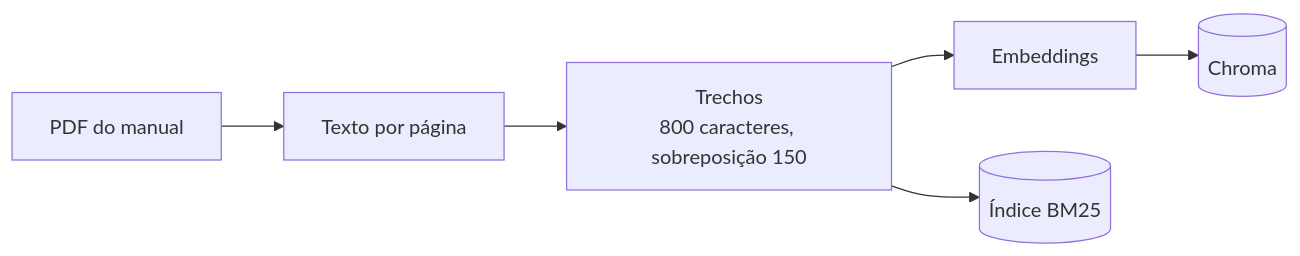
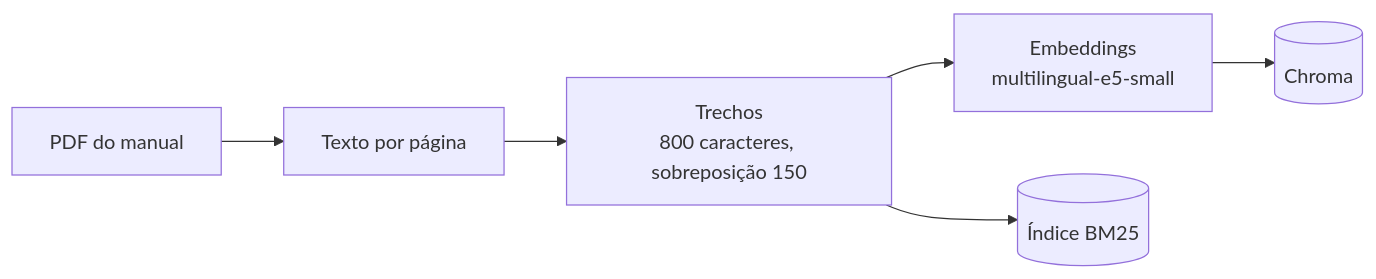
Before and after one commit to Oseiasdfarias/rag-manual-poc: the first of 2 diagrams in README.md, drawn with Mermaid. The commit also changed other lines of this file and 1 other file, not shown here.

````diff
--- a/README.md
+++ b/README.md
@@ -33,8 +36,8 @@
 ```mermaid
 flowchart LR
     A[PDF do manual] --> B[Texto por página]
     B --> C[Trechos<br/>800 caracteres, sobreposição 150]
-    C --> D[Embeddings]
+    C --> D[Embeddings<br/>multilingual-e5-small]
     D --> E[(Chroma)]
     C --> F[(Índice BM25)]
 ```
````
